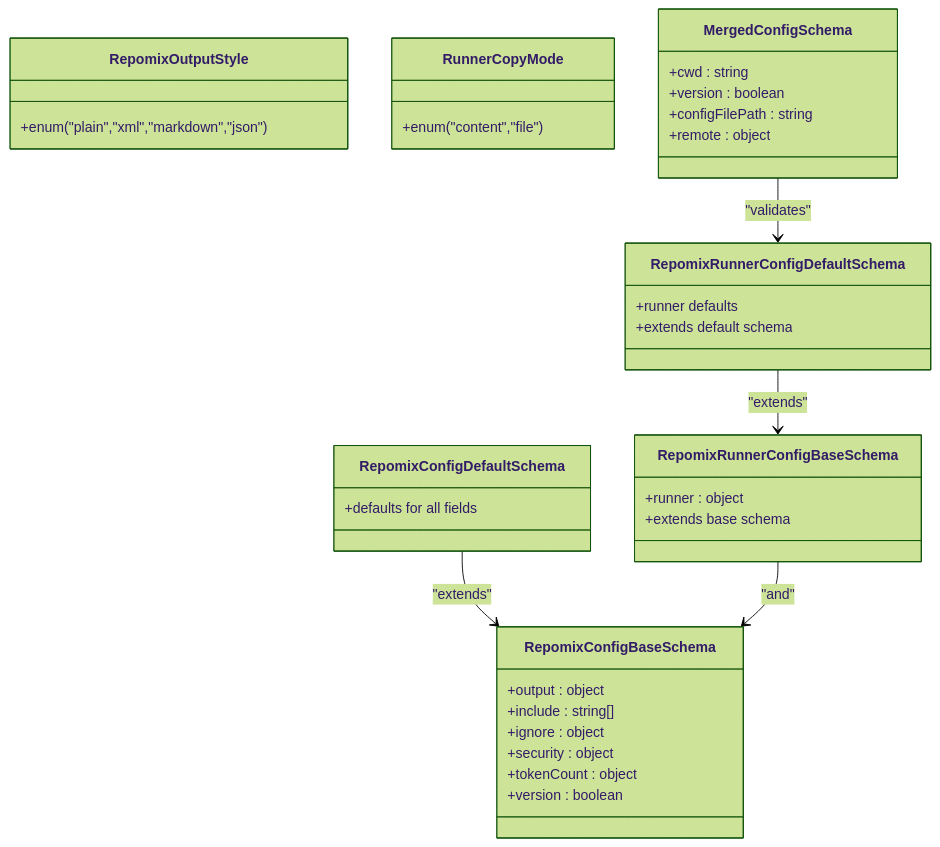
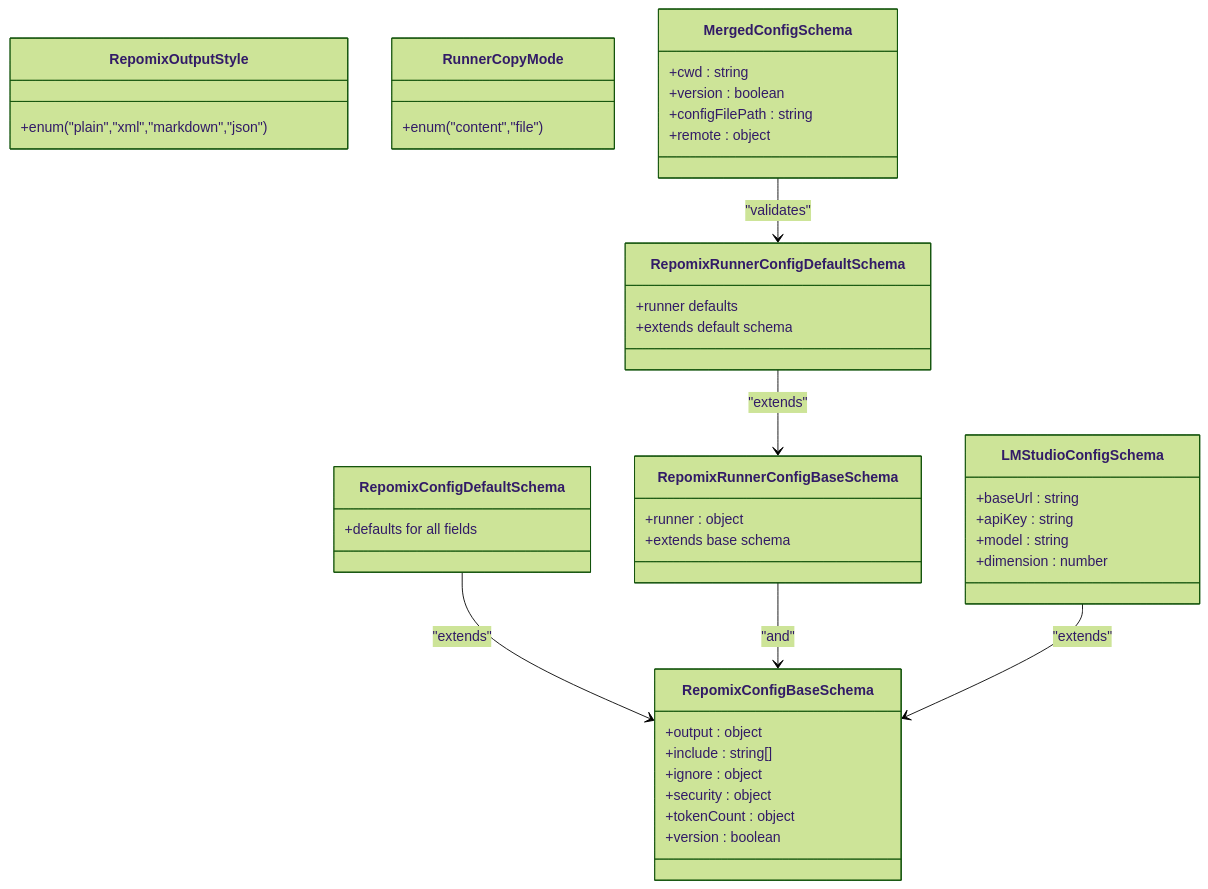
The fourth of 6 diagrams in .qoder/repowiki/en/content/API Reference/Configuration Schema.md (bramburn/repomix-runner), drawn with Mermaid (forest theme) before and after one commit. The commit also changed other lines of this file and 19 other files, not shown here.

````diff
--- a/.qoder/repowiki/en/content/API Reference/Configuration Schema.md
+++ b/.qoder/repowiki/en/content/API Reference/Configuration Schema.md
@@ -277,38 +329,45 @@
 ```mermaid
 classDiagram
 class RepomixOutputStyle {
 +enum("plain","xml","markdown","json")
 }
 class RepomixConfigBaseSchema {
 +output : object
 +include : string[]
 +ignore : object
 +security : object
 +tokenCount : object
 +version : boolean
 }
 class RepomixConfigDefaultSchema {
 +defaults for all fields
 }
 class RunnerCopyMode {
 +enum("content","file")
 }
 class RepomixRunnerConfigBaseSchema {
 +runner : object
 +extends base schema
 }
 class RepomixRunnerConfigDefaultSchema {
 +runner defaults
 +extends default schema
 }
 class MergedConfigSchema {
 +cwd : string
 +version : boolean
 +configFilePath : string
 +remote : object
 }
+class LMStudioConfigSchema {
++baseUrl : string
++apiKey : string
++model : string
++dimension : number
+}
 RepomixConfigDefaultSchema --> RepomixConfigBaseSchema : "extends"
 RepomixRunnerConfigDefaultSchema --> RepomixRunnerConfigBaseSchema : "extends"
 RepomixRunnerConfigBaseSchema --> RepomixConfigBaseSchema : "and"
 MergedConfigSchema --> RepomixRunnerConfigDefaultSchema : "validates"
+LMStudioConfigSchema --> RepomixConfigBaseSchema : "extends"
 ```
````
